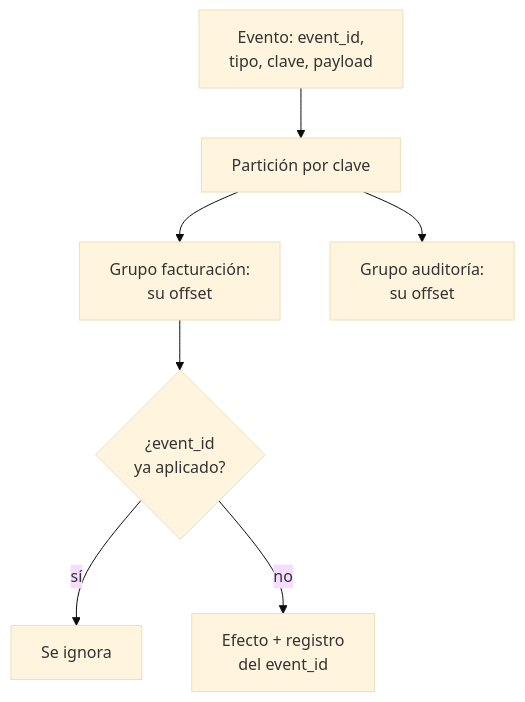
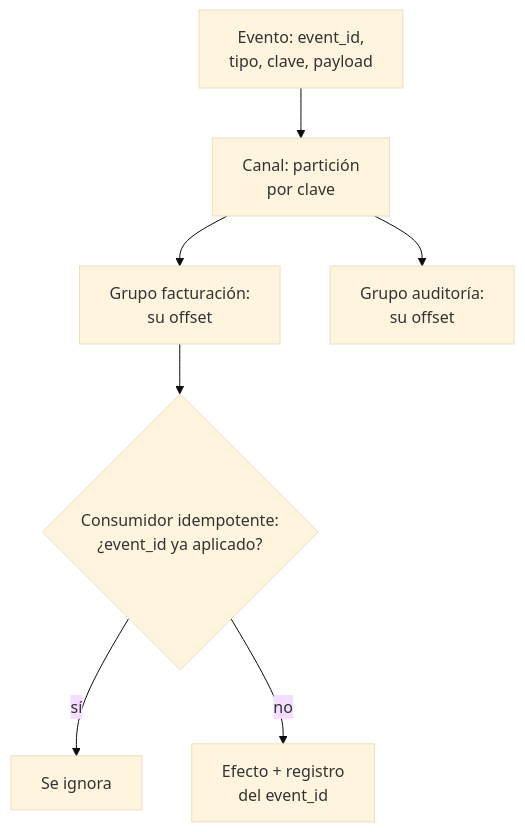
One commit to fcp4891/de-knowledge-hub changed the second of 3 diagrams in content/architectures/event-driven-architecture.md. Above: the diagram before and after it, drawn with Mermaid (base theme). The commit also changed other lines of this file and 13 other files, not shown here.

````diff
--- a/content/architectures/event-driven-architecture.md
+++ b/content/architectures/event-driven-architecture.md
@@ -145,9 +146,9 @@
 ```mermaid
 flowchart TB
-  E["Evento: event_id,<br/>tipo, clave, payload"] --> L["Partición por clave"]
+  E["Evento: event_id,<br/>tipo, clave, payload"] --> L["Canal: partición<br/>por clave"]
   L --> G["Grupo facturación:<br/>su offset"]
   L --> H["Grupo auditoría:<br/>su offset"]
-  G --> V{"¿event_id<br/>ya aplicado?"}
+  G --> V{"Consumidor idempotente:<br/>¿event_id ya aplicado?"}
   V -- "sí" --> I["Se ignora"]
   V -- "no" --> T["Efecto + registro<br/>del event_id"]
 ```
````
